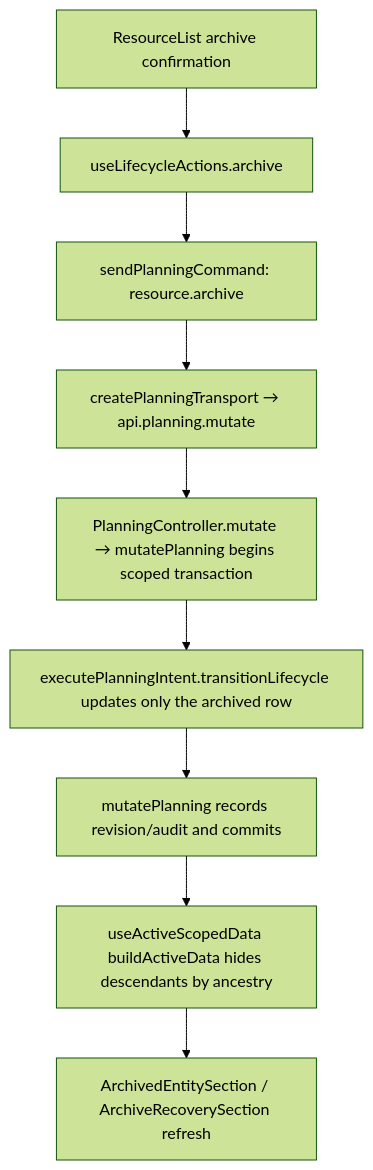
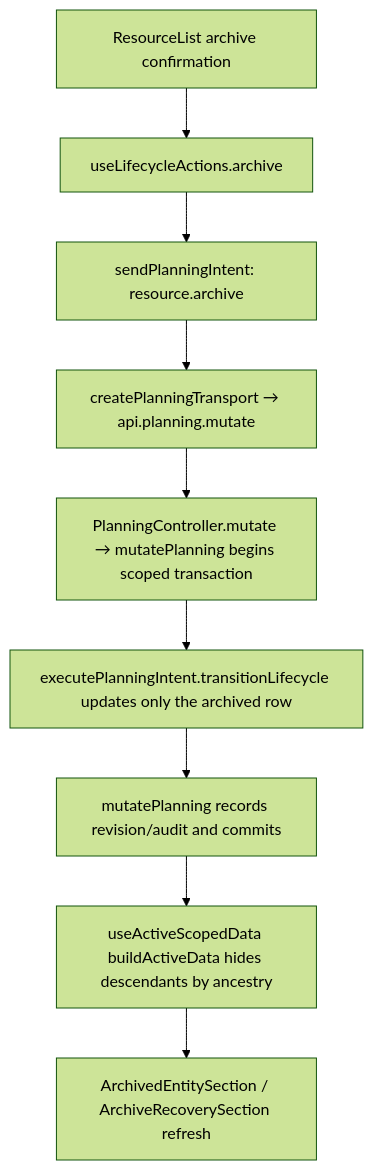
One commit to Kevinjohn/capacitylens changed the second of 2 diagrams in user-stories/resources/US-RES-04-archive-resource.md. Above: the diagram before and after it, drawn with Mermaid (forest theme). The commit also changed 55 other files, not shown here.

First line of the commit message:
Planning intent: rename planning commands to intents

````diff
--- a/user-stories/resources/US-RES-04-archive-resource.md
+++ b/user-stories/resources/US-RES-04-archive-resource.md
@@ -31,7 +31,7 @@
 ```mermaid
 flowchart TD
-  A["ResourceList archive confirmation"] --> B["useLifecycleActions.archive"] --> C["sendPlanningCommand: resource.archive"]
+  A["ResourceList archive confirmation"] --> B["useLifecycleActions.archive"] --> C["sendPlanningIntent: resource.archive"]
   C --> D["createPlanningTransport → api.planning.mutate"] --> E["PlanningController.mutate → mutatePlanning begins scoped transaction"]
   E --> F["executePlanningIntent.transitionLifecycle updates only the archived row"] --> K["mutatePlanning records revision/audit and commits"] --> F2["useActiveScopedData buildActiveData hides descendants by ancestry"]
   F2 --> H["ArchivedEntitySection / ArchiveRecoverySection refresh"]
 ```
````
